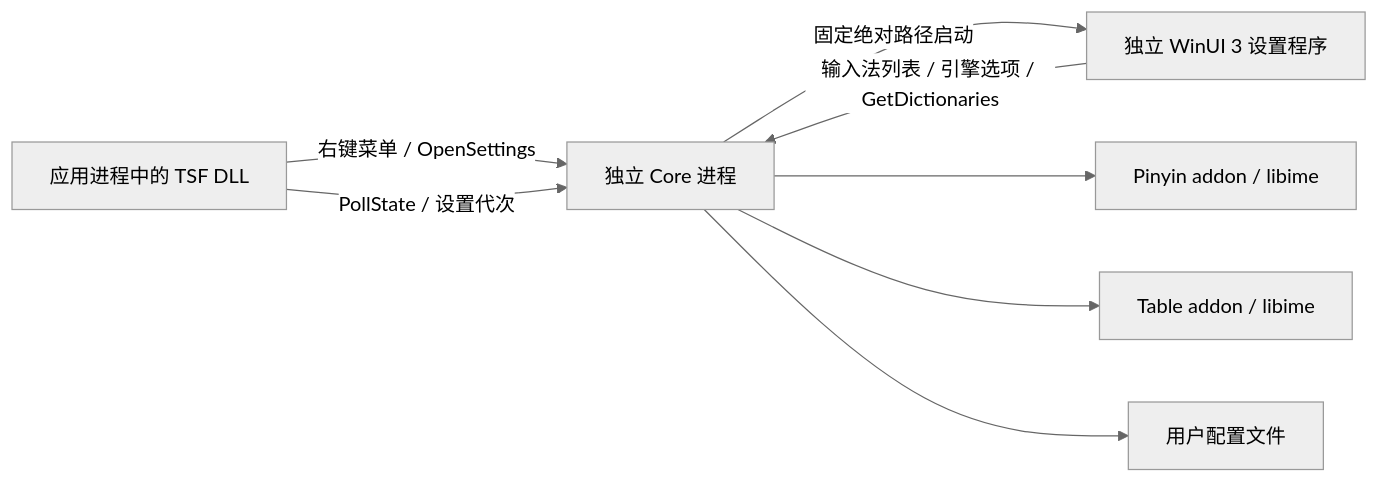
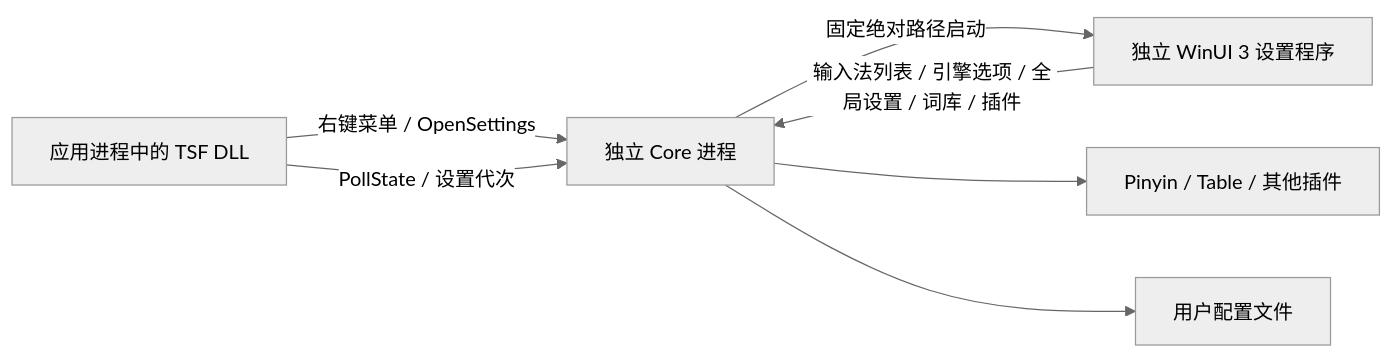
Before and after one commit to WAAutoMaton/fcitx5-windows: the diagram in docs/windows-settings-design.md, drawn with Mermaid (neutral theme). The commit also changed other lines of this file and 16 other files, not shown here.

````diff
--- a/docs/windows-settings-design.md
+++ b/docs/windows-settings-design.md
@@ -57,10 +41,9 @@
 ```mermaid
 flowchart LR
     T[应用进程中的 TSF DLL] -->|右键菜单 / OpenSettings| C[独立 Core 进程]
     C -->|固定绝对路径启动| U[独立 WinUI 3 设置程序]
-    U -->|输入法列表 / 引擎选项 / GetDictionaries| C
-    C --> P[Pinyin addon / libime]
-    C --> E[Table addon / libime]
+    U -->|输入法列表 / 引擎选项 / 全局设置 / 词库 / 插件| C
+    C --> P[Pinyin / Table / 其他插件]
     C --> F[用户配置文件]
     T -->|PollState / 设置代次| C
 ```
````
